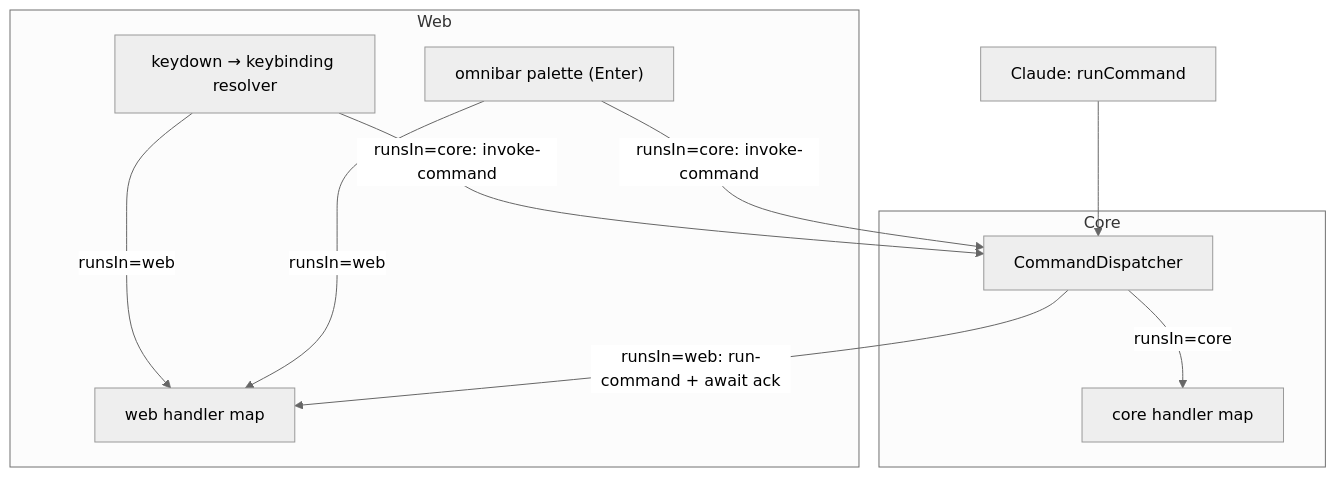
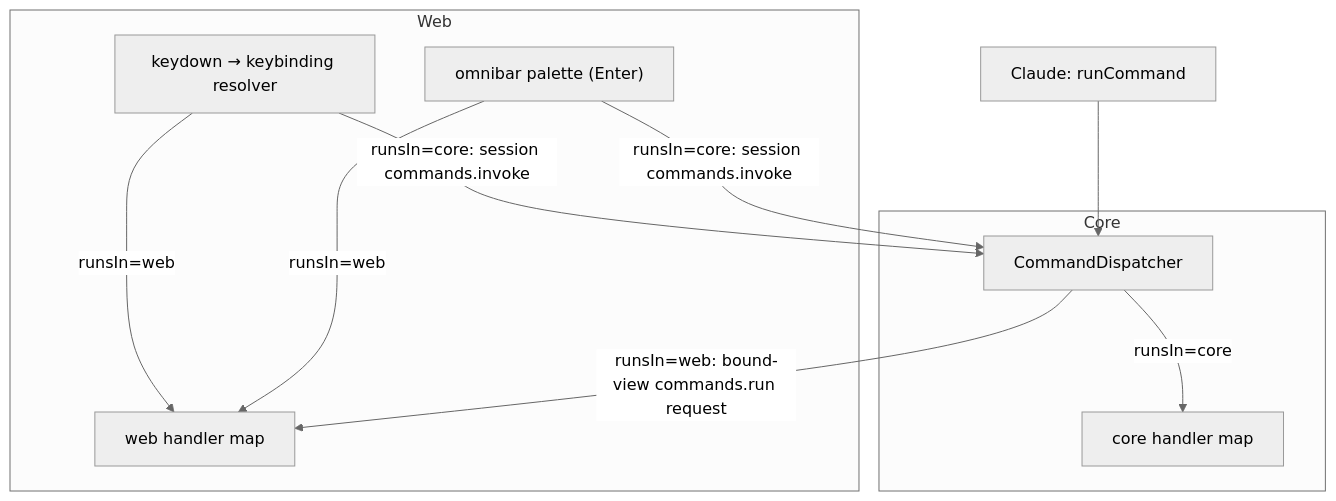
The second of 2 diagrams in docs/specs/commands.md (Kapps/weavie), drawn with Mermaid (neutral theme) before and after one commit. The commit also changed other lines of this file and 302 other files, not shown here.

````diff
--- a/docs/specs/commands.md
+++ b/docs/specs/commands.md
@@ -160,21 +160,21 @@
 ```mermaid
 flowchart TD
     subgraph Web
       K["keydown → keybinding resolver"]
       P["omnibar palette (Enter)"]
       WR["web handler map"]
     end
     subgraph Core
       D["CommandDispatcher"]
       CR["core handler map"]
     end
     MCP["Claude: runCommand"]
 
     K -->|"runsIn=web"| WR
     P -->|"runsIn=web"| WR
-    K -->|"runsIn=core: invoke-command"| D
-    P -->|"runsIn=core: invoke-command"| D
+    K -->|"runsIn=core: session commands.invoke"| D
+    P -->|"runsIn=core: session commands.invoke"| D
     MCP --> D
     D -->|"runsIn=core"| CR
-    D -->|"runsIn=web: run-command + await ack"| WR
+    D -->|"runsIn=web: bound-view commands.run request"| WR
 ```
````
